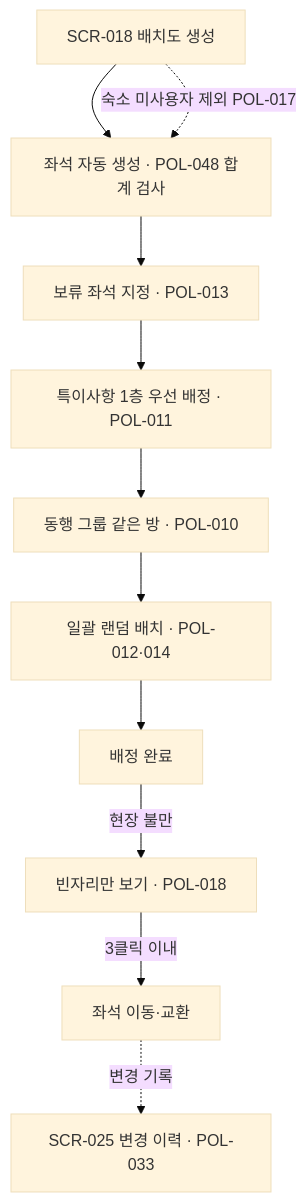
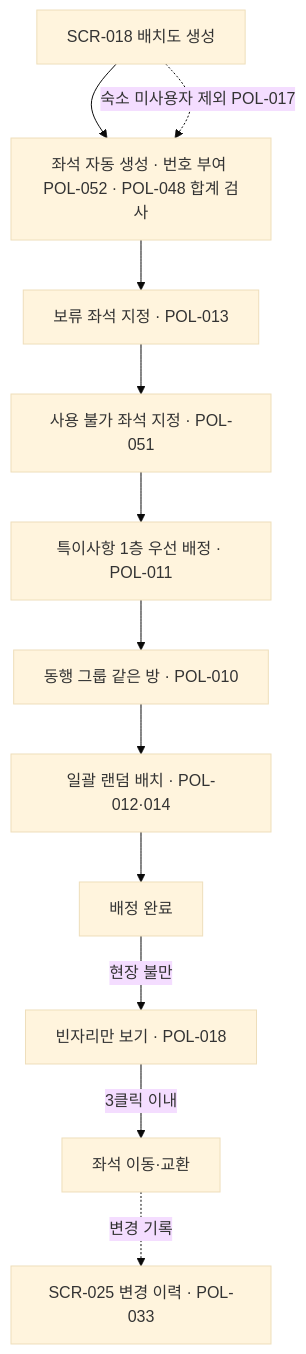
Before and after one commit to leoyun2010/planloop: the sixth of 9 diagrams in projects/revival-ops/03-ia.md, drawn with Mermaid (base theme). The commit also changed other lines of this file and 13 other files, not shown here.

````diff
--- a/projects/revival-ops/03-ia.md
+++ b/projects/revival-ops/03-ia.md
@@ -183,13 +184,14 @@
 ```mermaid
 flowchart TD
-    A[SCR-018 배치도 생성] --> B[좌석 자동 생성 · POL-048 합계 검사]
+    A[SCR-018 배치도 생성] --> B[좌석 자동 생성 · 번호 부여 POL-052 · POL-048 합계 검사]
     B --> C[보류 좌석 지정 · POL-013]
-    C --> D[특이사항 1층 우선 배정 · POL-011]
+    C --> C2[사용 불가 좌석 지정 · POL-051]
+    C2 --> D[특이사항 1층 우선 배정 · POL-011]
     D --> E[동행 그룹 같은 방 · POL-010]
     E --> F[일괄 랜덤 배치 · POL-012·014]
     F --> G[배정 완료]
     G -->|현장 불만| H[빈자리만 보기 · POL-018]
     H -->|3클릭 이내| I[좌석 이동·교환]
     I -.변경 기록.-> J[SCR-025 변경 이력 · POL-033]
     A -.숙소 미사용자 제외 POL-017.-> B
 ```
````
